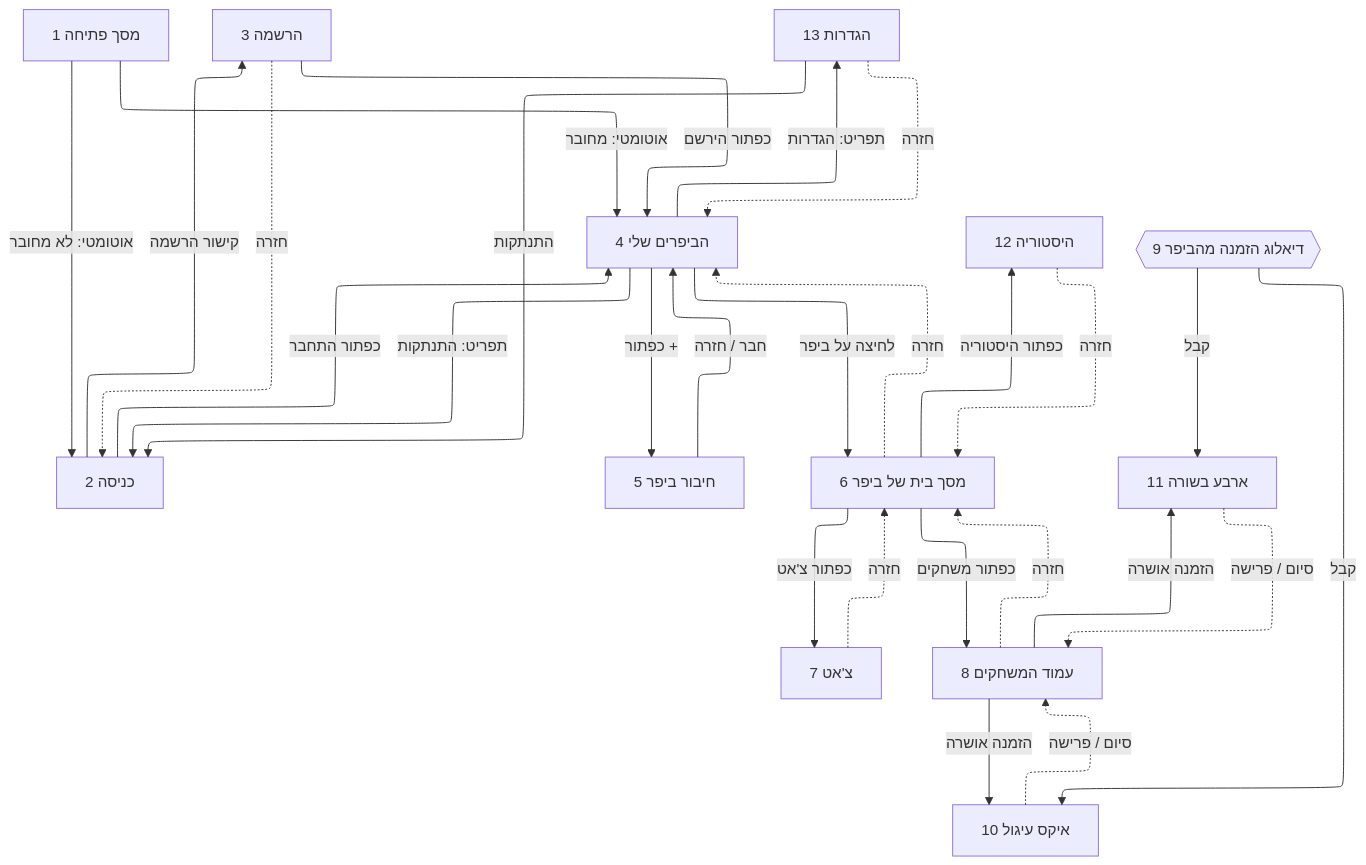
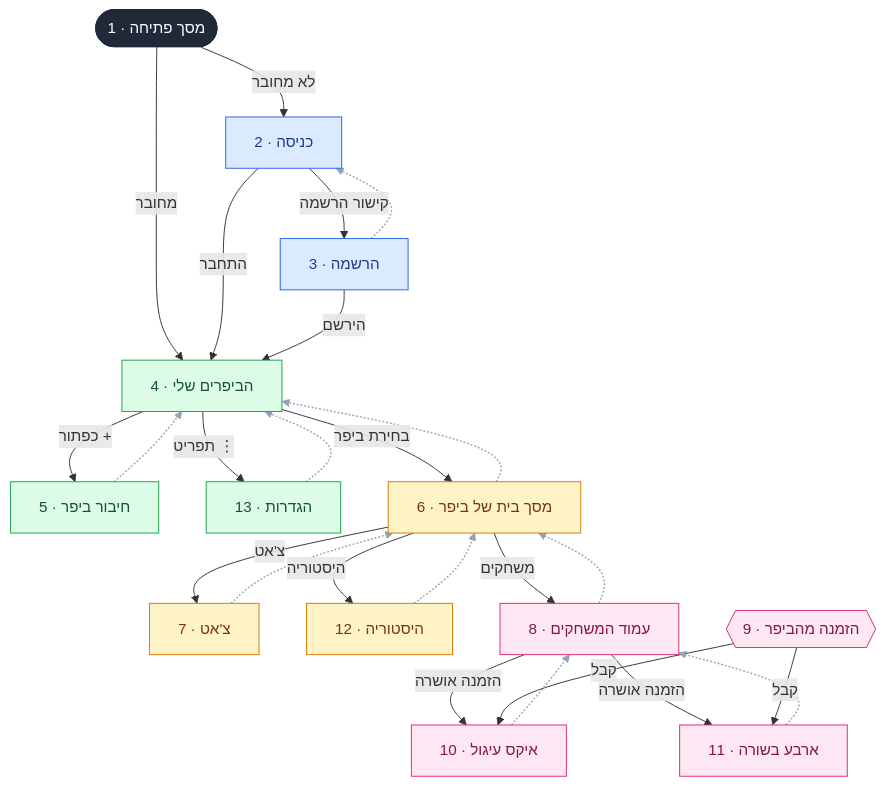
Before and after one commit to Av1zi/EbeepMobile: the diagram in docs/screen-flow.mmd, drawn with Mermaid. The commit also changed 2 other files, not shown here.

Commit message:
Redesign screen-flow diagram: top-down layout, color groups, back arrows

```diff
--- a/docs/screen-flow.mmd
+++ b/docs/screen-flow.mmd
@@ -1,31 +1,52 @@
----
-config:
-  layout: elk
----
 flowchart TD
-    S["1 מסך פתיחה"] -->|"אוטומטי: לא מחובר"| L["2 כניסה"]
-    S -->|"אוטומטי: מחובר"| B["4 הביפרים שלי"]
-    L -->|"קישור הרשמה"| R["3 הרשמה"]
-    R -.->|"חזרה"| L
-    L -->|"כפתור התחבר"| B
-    R -->|"כפתור הירשם"| B
-    B -->|"תפריט: התנתקות"| L
-    B -->|"כפתור +"| A["5 חיבור ביפר"]
-    A -->|"חבר / חזרה"| B
-    B -->|"תפריט: הגדרות"| T["13 הגדרות"]
-    T -.->|"חזרה"| B
-    T -->|"התנתקות"| L
-    B -->|"לחיצה על ביפר"| H["6 מסך בית של ביפר"]
-    H -.->|"חזרה"| B
-    H -->|"כפתור צ'אט"| C["7 צ'אט"]
-    H -->|"כפתור משחקים"| G["8 עמוד המשחקים"]
-    H -->|"כפתור היסטוריה"| Y["12 היסטוריה"]
-    C -.->|"חזרה"| H
-    G -.->|"חזרה"| H
-    Y -.->|"חזרה"| H
-    G -->|"הזמנה אושרה"| X["10 איקס עיגול"]
-    G -->|"הזמנה אושרה"| F["11 ארבע בשורה"]
-    X -.->|"סיום / פרישה"| G
-    F -.->|"סיום / פרישה"| G
-    I{{"9 דיאלוג הזמנה מהביפר"}} -->|"קבל"| X
+    S(["1 · מסך פתיחה"])
+    L["2 · כניסה"]
+    R["3 · הרשמה"]
+    B["4 · הביפרים שלי"]
+    A["5 · חיבור ביפר"]
+    T["13 · הגדרות"]
+    H["6 · מסך בית של ביפר"]
+    C["7 · צ'אט"]
+    Y["12 · היסטוריה"]
+    G["8 · עמוד המשחקים"]
+    X["10 · איקס עיגול"]
+    F["11 · ארבע בשורה"]
+    I{{"9 · הזמנה מהביפר"}}
+
+    S -->|"לא מחובר"| L
+    S -->|"מחובר"| B
+    L -->|"קישור הרשמה"| R
+    L -->|"התחבר"| B
+    R -->|"הירשם"| B
+    B -->|"כפתור +"| A
+    B -->|"בחירת ביפר"| H
+    B -->|"תפריט ⋮"| T
+    H -->|"צ'אט"| C
+    H -->|"משחקים"| G
+    H -->|"היסטוריה"| Y
+    G -->|"הזמנה אושרה"| X
+    G -->|"הזמנה אושרה"| F
+    I -->|"קבל"| X
     I -->|"קבל"| F
+
+    R -.-> L
+    A -.-> B
+    T -.-> B
+    H -.-> B
+    C -.-> H
+    Y -.-> H
+    G -.-> H
+    X -.-> G
+    F -.-> G
+
+    classDef start fill:#1f2937,stroke:#1f2937,color:#ffffff
+    classDef auth fill:#dbeafe,stroke:#2563eb,color:#1e3a8a
+    classDef acc fill:#dcfce7,stroke:#16a34a,color:#14532d
+    classDef beep fill:#fef3c7,stroke:#d97706,color:#78350f
+    classDef game fill:#fce7f3,stroke:#db2777,color:#831843
+    class S start
+    class L,R auth
+    class B,A,T acc
+    class C,H,Y beep
+    class X,G,F,I game
+    linkStyle 15,16,17,18,19,20,21,22,23 stroke:#94a3b8,stroke-width:1.5px
```
